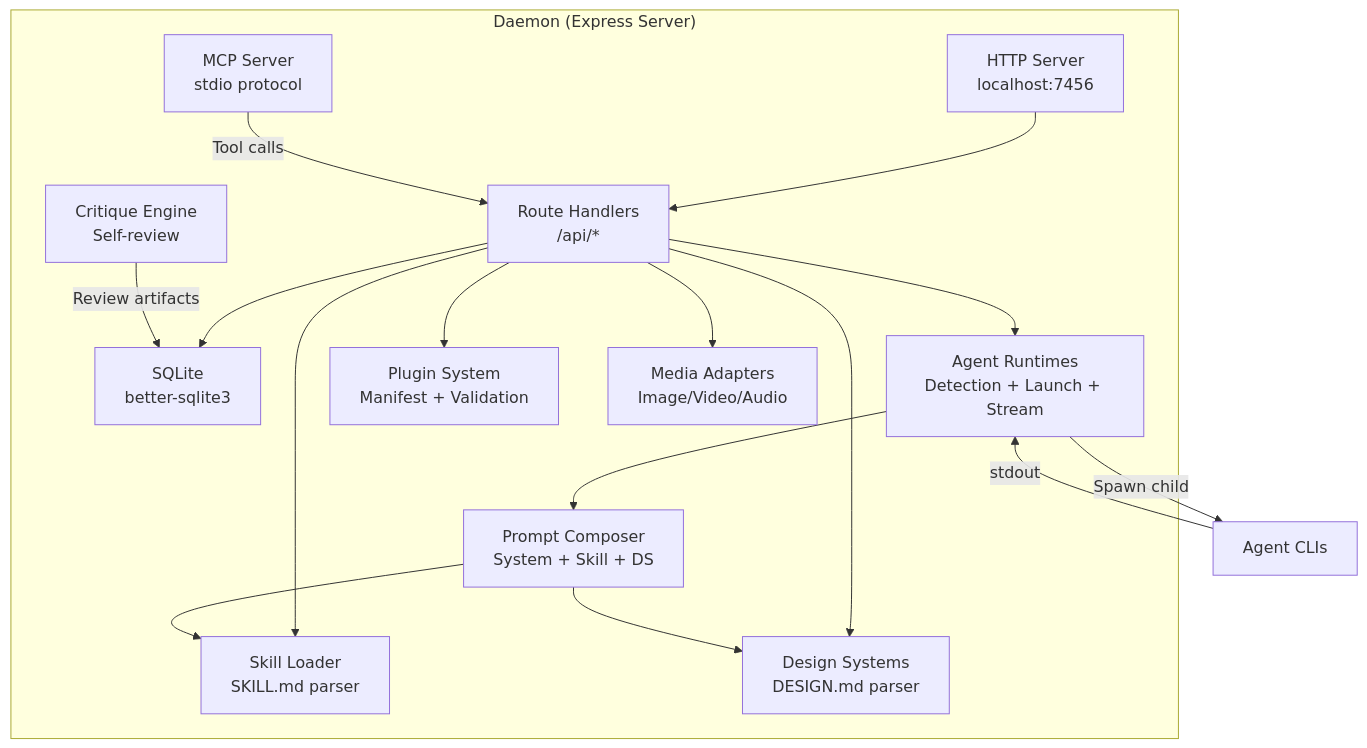
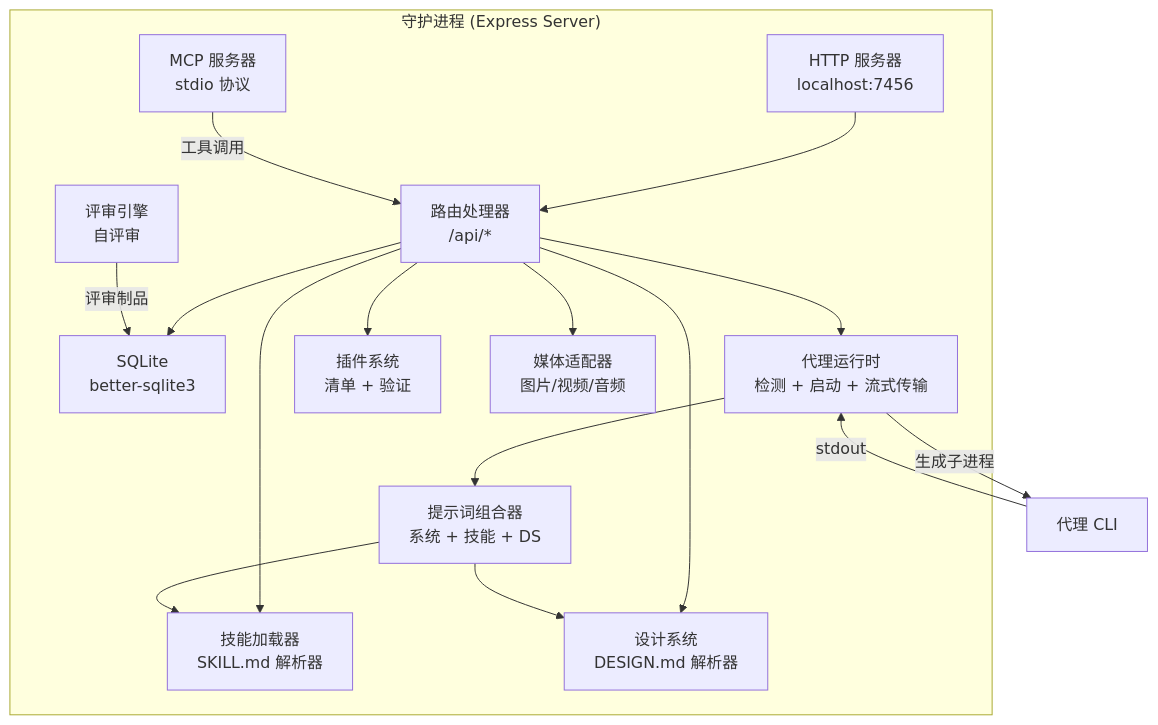
The seventh of 12 diagrams in docs/codebase/ARCHITECTURE.md (nmsn/open-design), drawn with Mermaid before and after one commit. The commit also changed other lines of this file and 2 other files, not shown here.

````diff
--- a/docs/codebase/ARCHITECTURE.md
+++ b/docs/codebase/ARCHITECTURE.md
@@ -188,31 +188,31 @@
 ```mermaid
 graph TD
-    subgraph "Daemon (Express Server)"
-        HTTP["HTTP Server<br/>localhost:7456"]
-        Routes["Route Handlers<br/>/api/*"]
+    subgraph "守护进程 (Express Server)"
+        HTTP["HTTP 服务器<br/>localhost:7456"]
+        Routes["路由处理器<br/>/api/*"]
         DB["SQLite<br/>better-sqlite3"]
-        RunTimes["Agent Runtimes<br/>Detection + Launch + Stream"]
-        Plugins["Plugin System<br/>Manifest + Validation"]
-        Skills["Skill Loader<br/>SKILL.md parser"]
-        DS["Design Systems<br/>DESIGN.md parser"]
-        Critique["Critique Engine<br/>Self-review"]
-        Media["Media Adapters<br/>Image/Video/Audio"]
-        MCP["MCP Server<br/>stdio protocol"]
-        Prompts["Prompt Composer<br/>System + Skill + DS"]
+        RunTimes["代理运行时<br/>检测 + 启动 + 流式传输"]
+        Plugins["插件系统<br/>清单 + 验证"]
+        Skills["技能加载器<br/>SKILL.md 解析器"]
+        DS["设计系统<br/>DESIGN.md 解析器"]
+        Critique["评审引擎<br/>自评审"]
+        Media["媒体适配器<br/>图片/视频/音频"]
+        MCP["MCP 服务器<br/>stdio 协议"]
+        Prompts["提示词组合器<br/>系统 + 技能 + DS"]
     end
 
     HTTP --> Routes
     Routes --> DB
     Routes --> RunTimes
     Routes --> Plugins
     Routes --> Skills
     Routes --> DS
     Routes --> Media
     RunTimes --> Prompts
     Prompts --> Skills
     Prompts --> DS
-    RunTimes -->|"Spawn child"| AgentCLI["Agent CLIs"]
+    RunTimes -->|"生成子进程"| AgentCLI["代理 CLI"]
     AgentCLI -->|"stdout"| RunTimes
-    Critique -->|"Review artifacts"| DB
-    MCP -->|"Tool calls"| Routes
+    Critique -->|"评审制品"| DB
+    MCP -->|"工具调用"| Routes
 ```
````
